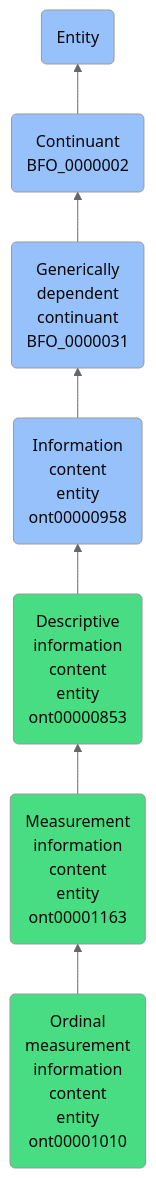
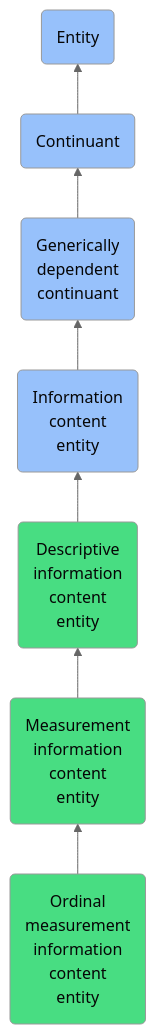
Before and after one commit to jupyter-naas/abi: the diagram in docs/ontology/reference/model/Entity/Continuant/Generically dependent continuant/Information content entity/Descriptive information content entity/Measurement information content entity/Ordinal measurement information content entity/Ordinal measurement information content entity.md, drawn with Mermaid (neutral theme). The commit also changed other lines of this file and 1430 other files, not shown here.

````diff
--- a/docs/ontology/reference/model/Entity/Continuant/Generically dependent continuant/Information content entity/Descriptive information content entity/Measurement information content entity/Ordinal measurement information content entity/Ordinal measurement information content entity.md
+++ b/docs/ontology/reference/model/Entity/Continuant/Generically dependent continuant/Information content entity/Descriptive information content entity/Measurement information content entity/Ordinal measurement information content entity/Ordinal measurement information content entity.md
@@ -26,14 +26,14 @@
 ```mermaid
 graph BT
-    ont00001010(Ordinal<br>measurement<br>information<br>content<br>entity<br>ont00001010):::ABI-->ont00001163
-    ont00001163(Measurement<br>information<br>content<br>entity<br>ont00001163):::ABI-->ont00000853
-    ont00000853(Descriptive<br>information<br>content<br>entity<br>ont00000853):::ABI-->ont00000958
-    ont00000958(Information<br>content<br>entity<br>ont00000958):::BFO-->BFO_0000031
-    BFO_0000031(Generically<br>dependent<br>continuant<br>BFO_0000031):::BFO-->BFO_0000002
-    BFO_0000002(Continuant<br>BFO_0000002):::BFO-->BFO_0000001
+    ont00001010(Ordinal<br>measurement<br>information<br>content<br>entity):::ABI-->ont00001163
+    ont00001163(Measurement<br>information<br>content<br>entity):::ABI-->ont00000853
+    ont00000853(Descriptive<br>information<br>content<br>entity):::ABI-->ont00000958
+    ont00000958(Information<br>content<br>entity):::BFO-->BFO_0000031
+    BFO_0000031(Generically<br>dependent<br>continuant):::BFO-->BFO_0000002
+    BFO_0000002(Continuant):::BFO-->BFO_0000001
     BFO_0000001(Entity):::BFO
     
     classDef BFO fill:#97c1fb,color:#060606
     classDef CCO fill:#e4c51e,color:#060606
     classDef ABI fill:#48DD82,color:#060606
 ```
````
